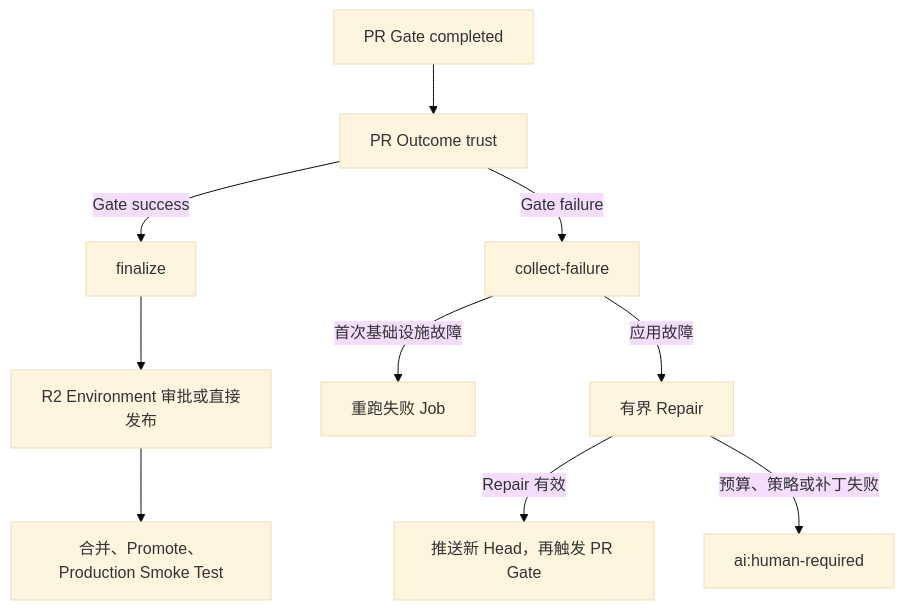
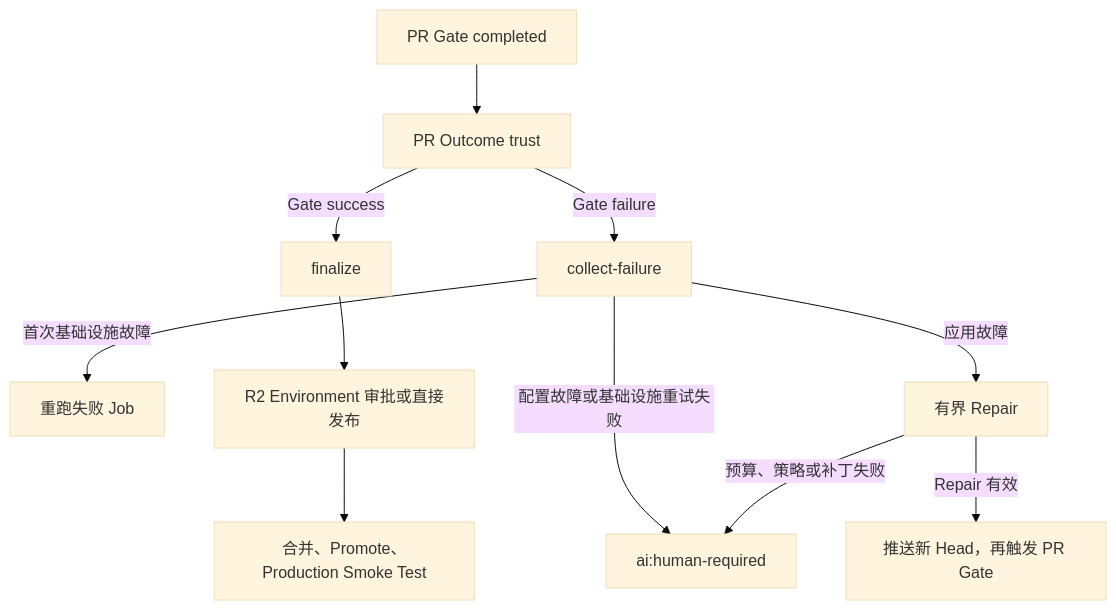
The second of 2 diagrams in docs/codex-manual-operations.md (liuzhuang/signalpatch), drawn with Mermaid (base theme) before and after one commit. The commit also changed other lines of this file and 17 other files, not shown here.

````diff
--- a/docs/codex-manual-operations.md
+++ b/docs/codex-manual-operations.md
@@ -1154,12 +1159,13 @@
 ```mermaid
 flowchart TD
   A[PR Gate completed] --> B[PR Outcome trust]
   B -->|Gate success| C[finalize]
   B -->|Gate failure| D[collect-failure]
   D -->|首次基础设施故障| E[重跑失败 Job]
+  D -->|配置故障或基础设施重试失败| H[ai:human-required]
   D -->|应用故障| F[有界 Repair]
   F -->|Repair 有效| G[推送新 Head，再触发 PR Gate]
   F -->|预算、策略或补丁失败| H[ai:human-required]
   C --> I[R2 Environment 审批或直接发布]
   I --> J[合并、Promote、Production Smoke Test]
 ```
````
